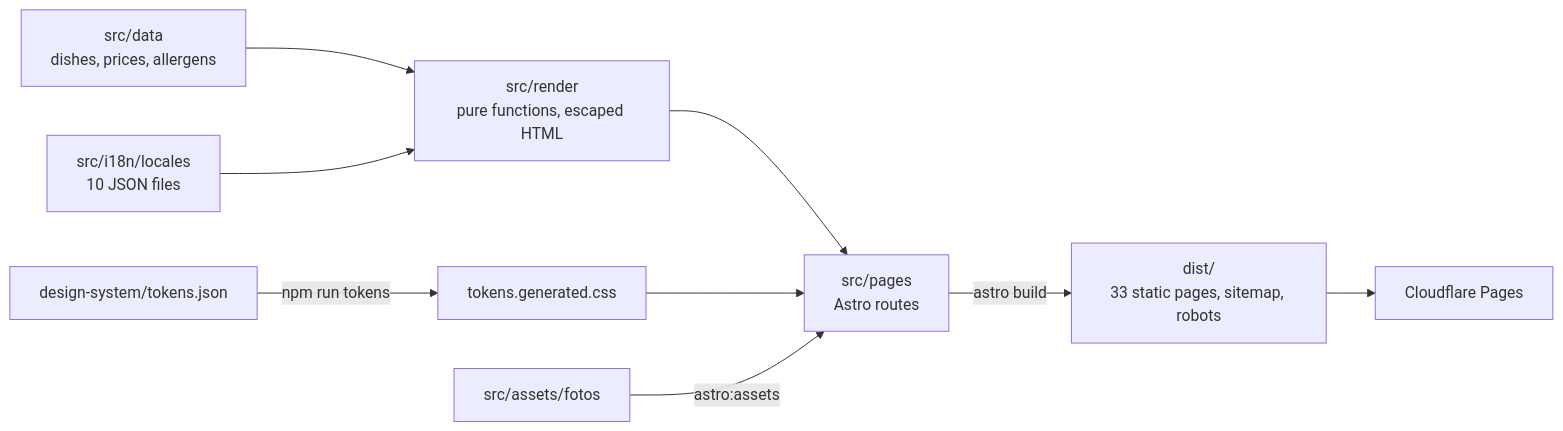
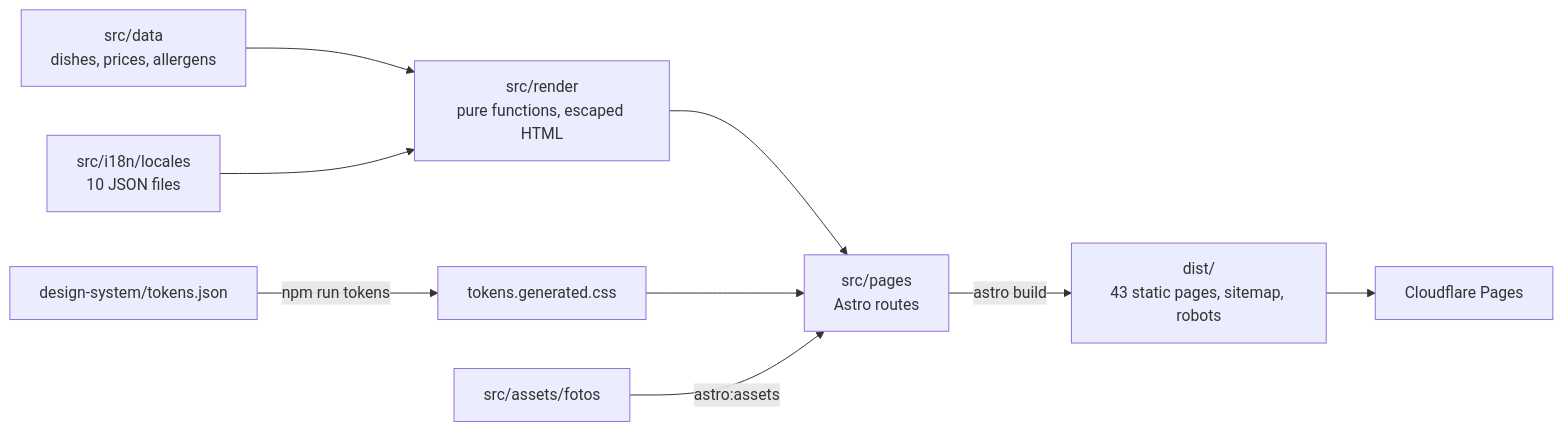
The diagram in docs/how-it-works.md (babylonace/multilingual-restaurant-website), drawn with Mermaid before and after one commit. The commit also changed other lines of this file and 74 other files, not shown here.

````diff
--- a/docs/how-it-works.md
+++ b/docs/how-it-works.md
@@ -29,11 +29,11 @@
 ```mermaid
 flowchart LR
   T["design-system/tokens.json"] -->|npm run tokens| C["tokens.generated.css"]
   D["src/data<br/>dishes, prices, allergens"] --> R
   L["src/i18n/locales<br/>10 JSON files"] --> R
   R["src/render<br/>pure functions, escaped HTML"] --> P["src/pages<br/>Astro routes"]
   C --> P
   F["src/assets/fotos"] -->|astro:assets| P
-  P -->|astro build| O["dist/<br/>33 static pages, sitemap, robots"]
+  P -->|astro build| O["dist/<br/>43 static pages, sitemap, robots"]
   O --> CF["Cloudflare Pages"]
 ```
````
